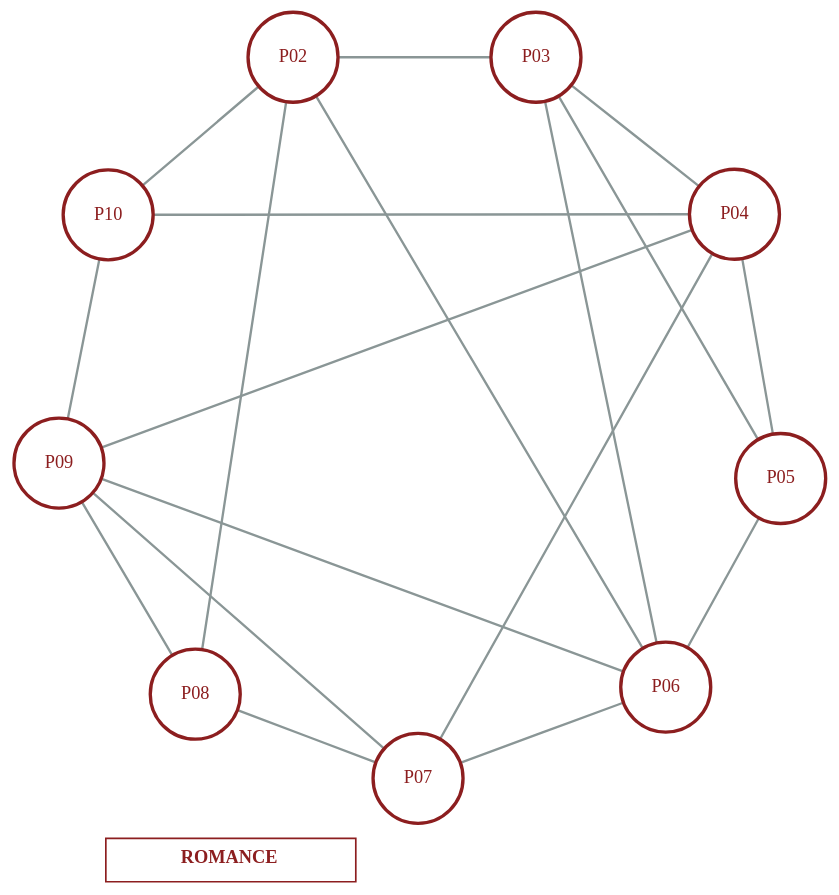
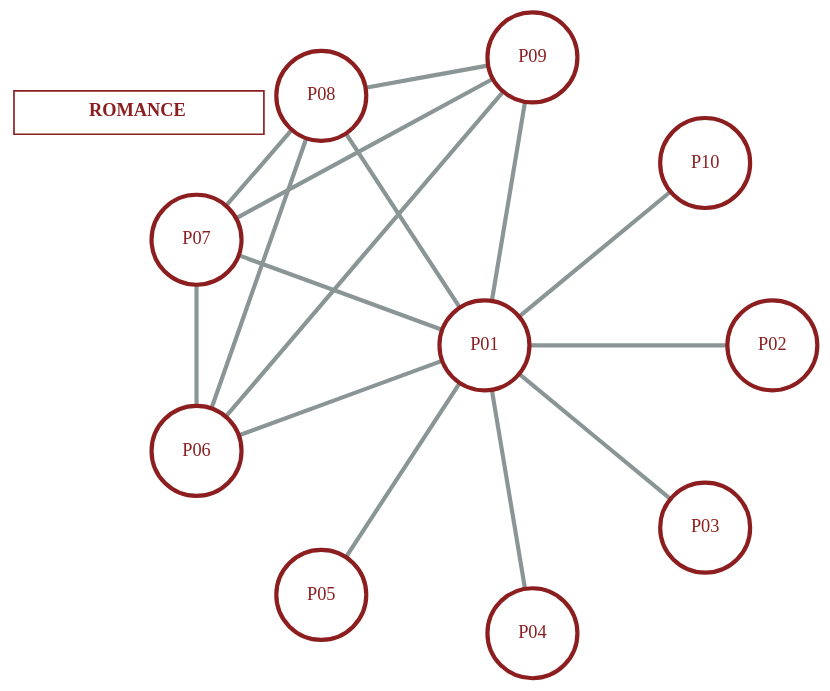
Before and after one commit to yanhiz/sfb_redefi: the diagram in clusters.qmd, drawn with Graphviz. The commit also changed other lines of this file and 30 other files, not shown here.

````diff
--- a/clusters.qmd
+++ b/clusters.qmd
@@ -9,14 +10,14 @@
 ```{dot}
 //| fig-align: center
 //| fig-width: 11
-//| fig-height: 8
+//| fig-height: 6.5
 
 graph clusters {
   layout = neato
   normalize = true
   outputorder = edgesfirst
   bgcolor = transparent
-  pad = 0.5
+  pad = 0.25
 
   node [
     shape = circle,
@@ -27,7 +28,7 @@
     fillcolor = "white",
     color = "#8C1E1F",
     fontcolor = "#8C1E1F",
-    penwidth = 2,
+    penwidth = 2.5,
     fontsize = 11,
     target = "_top",
     class = "cluster-project"
@@ -35,93 +36,138 @@
 
   edge [
     color = "#8A9696",
-    penwidth = 1.4
+    penwidth = 2.5
   ]
 
+  p01 [
+  label = "P01",
+  URL = "subprojects/P01.html",
+  tooltip = "Open project P01",
+  pos = "0,0!"
+  ]
   p02 [
-  label = "P02",
-  URL = "subprojects/P02.html",
-  tooltip = "Open project P02",
-  pos = "0,3!"
+    label = "P02",
+    URL = "subprojects/P02.html",
+    tooltip = "Open project P02",
+    pos = "0,2.4!"
+  ]
+
+  p03 [
+    label = "P03",
+    URL = "subprojects/P03.html",
+    tooltip = "Open project P03",
+    pos = "1.52,1.84!"
+  ]
+
+  p04 [
+    label = "P04",
+    URL = "subprojects/P04.html",
+    tooltip = "Open project P04",
+    pos = "2.4,0.4!"
+  ]
+
+  p05 [
+    label = "P05",
+    URL = "subprojects/P05.html",
+    tooltip = "Open project P05",
+    pos = "2.08,-1.36!"
+  ]
+
+  p06 [
+    label = "P06",
+    URL = "subprojects/P06.html",
+    tooltip = "Open project P06",
+    pos = "0.88,-2.4!"
+  ]
+
+  p07 [
+    label = "P07",
+    URL = "subprojects/P07.html",
+    tooltip = "Open project P07",
+    pos = "-0.88,-2.4!"
+  ]
+
+  p08 [
+    label = "P08",
+    URL = "subprojects/P08.html",
+    tooltip = "Open project P08",
+    pos = "-2.08,-1.36!"
+  ]
+
+  p09 [
+    label = "P09",
+    URL = "subprojects/P09.html",
+    tooltip = "Open project P09",
+    pos = "-2.4,0.4!"
+  ]
+
+  p10 [
+    label = "P10",
+    URL = "subprojects/P10.html",
+    tooltip = "Open project P10",
+    pos = "-1.52,1.84!"
+  ]
+
+
+  p01 -- p02
+  p01 -- p03
+  p01 -- p04
+  p01 -- p05
+  p01 -- p06
+  p01 -- p07
+  p01 -- p08
+  p01 -- p09
+  p01 -- p10
+
+// Romance cluster connections
+
+p06 -- p07 [
+  class = "cluster-link",
+  URL = "clusters/romance.html",
+  tooltip = "Open the Romance cluster",
+  target = "_top"
 ]
 
-p03 [
-  label = "P03",
-  URL = "subprojects/P03.html",
-  tooltip = "Open project P03",
-  pos = "1.9,2.3!"
+p06 -- p08 [
+  class = "cluster-link",
+  URL = "clusters/romance.html",
+  tooltip = "Open the Romance cluster",
+  target = "_top"
 ]
 
-p04 [
-  label = "P04",
-  URL = "subprojects/P04.html",
-  tooltip = "Open project P04",
-  pos = "3,0.5!"
+p06 -- p09 [
+  class = "cluster-link",
+  URL = "clusters/romance.html",
+  tooltip = "Open the Romance cluster",
+  target = "_top"
 ]
 
-p05 [
-  label = "P05",
-  URL = "subprojects/P05.html",
-  tooltip = "Open project P05",
-  pos = "2.6,-1.7!"
+p07 -- p08 [
+  class = "cluster-link",
+  URL = "clusters/romance.html",
+  tooltip = "Open the Romance cluster",
+  target = "_top"
 ]
 
-p06 [
-  label = "P06",
-  URL = "subprojects/P06.html",
-  tooltip = "Open project P06",
-  pos = "1.1,-3!"
+p07 -- p09 [
+  class = "cluster-link",
+  URL = "clusters/romance.html",
+  tooltip = "Open the Romance cluster",
+  target = "_top"
 ]
 
-p07 [
-  label = "P07",
-  URL = "subprojects/P07.html",
-  tooltip = "Open project P07",
-  pos = "-1.1,-3!"
-]
-
-p08 [
-  label = "P08",
-  URL = "subprojects/P08.html",
-  tooltip = "Open project P08",
-  pos = "-2.6,-1.7!"
-]
-
-p09 [
-  label = "P09",
-  URL = "subprojects/P09.html",
-  tooltip = "Open project P09",
-  pos = "-3,0.5!"
-]
-
-p10 [
-  label = "P10",
-  URL = "subprojects/P10.html",
-  tooltip = "Open project P10",
-  pos = "-1.9,2.3!"
-]
-
-  p02 -- p03
-  p03 -- p04
-  p04 -- p05
-  p05 -- p06
-  p06 -- p07
-  p02 -- p10
-  p10 -- p09
-  p02 -- p06
-  p09 -- p08
-
-  // Romance collaboration edge
-p07 -- p08 [
+p08 -- p09 [
   class = "cluster-link",
-  tooltip = "Open the Romance cluster"
+  URL = "clusters/romance.html",
+  tooltip = "Open the Romance cluster",
+  target = "_top"
 ]
 
 // External Romance label
 romance_label [
   shape = plain,
   fixedsize = false,
-  pos = "-2.8,-3.1!",
+  pos = "-1.94,-2.88!",
   URL = "clusters/romance.html",
   tooltip = "Open the Romance cluster",
   target = "_top",
@@ -129,7 +175,7 @@
   label = <
     <TABLE
       BORDER="0"
-      CELLBORDER="1"
+      CELLBORDER="1.5"
       CELLSPACING="0"
       CELLPADDING="6"
       WIDTH="75"
@@ -145,13 +191,5 @@
   >
 ]
 
-  p02 -- p08
-  p07 -- p09
-  p09 -- p06
-  p06 -- p03
-  p04 -- p09
-  p04 -- p10
-  p04 -- p07
-  p05 -- p03
 }
 ```
````
